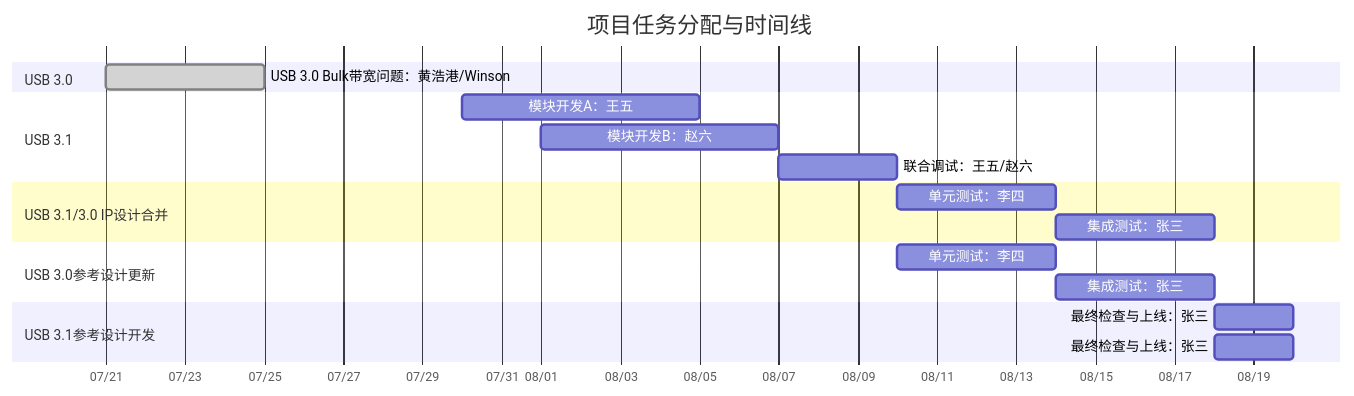
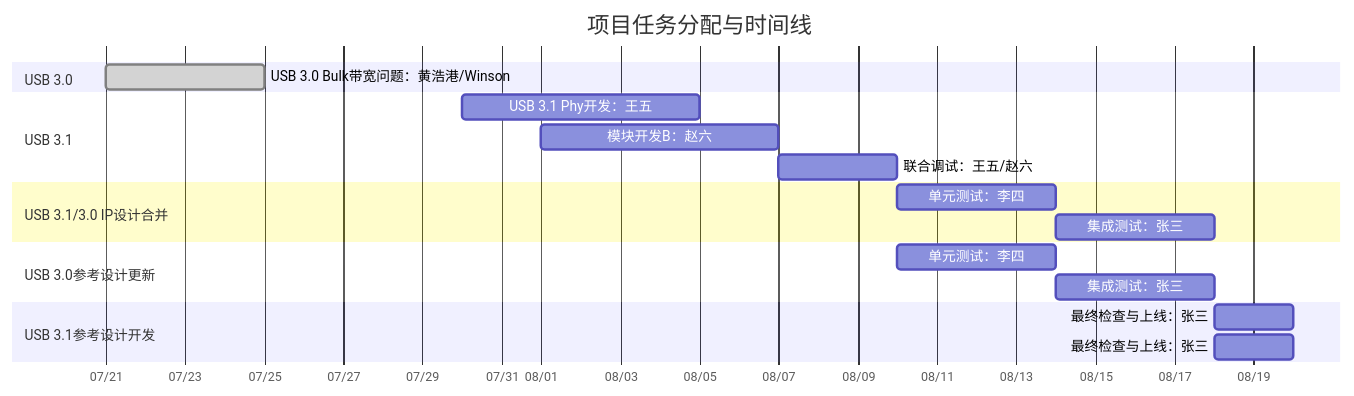
Before and after one commit to winsonbook/iodraw-files: the diagram in all/未命名.md, drawn with Mermaid.

Commit message:
2025-07-21 09:43:13 update

````diff
--- a/all/未命名.md
+++ b/all/未命名.md
@@ -1,29 +1,29 @@
 ```mermaid
 gantt
     title 项目任务分配与时间线
     dateFormat  YYYY-MM-DD
     axisFormat  %m/%d
 
     section USB 3.0
     USB 3.0 Bulk带宽问题：黄浩港/Winson   :done,    task1, 2025-07-21, 4d
 
     section USB 3.1
-    模块开发A：王五      :         task3, 2025-07-30, 6d
+    USB 3.1 Phy开发：王五      :         task3, 2025-07-30, 6d
     模块开发B：赵六      :         task4, 2025-08-01, 6d
     联合调试：王五/赵六  :         task5, 2025-08-07, 3d
 
     section USB 3.1/3.0 IP设计合并
     单元测试：李四       :         task6, 2025-08-10, 4d
     集成测试：张三       :         task7, 2025-08-14, 4d
 
     section USB 3.0参考设计更新
     单元测试：李四       :         task6, 2025-08-10, 4d
     集成测试：张三       :         task7, 2025-08-14, 4d
 
     section USB 3.1参考设计开发
     最终检查与上线：张三 :         task8, 2025-08-18, 2d
 
     section USB 3.1参考设计开发
     最终检查与上线：张三 :         task8, 2025-08-18, 2d
 
 ```
````
